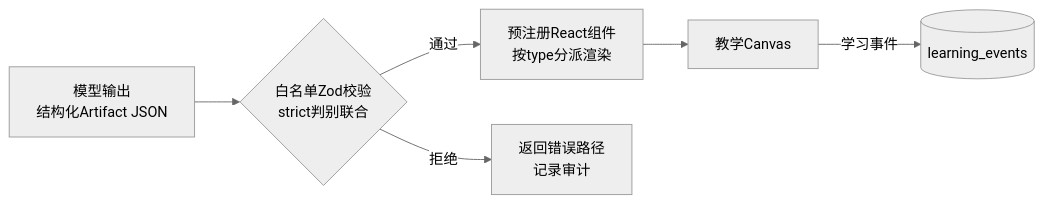
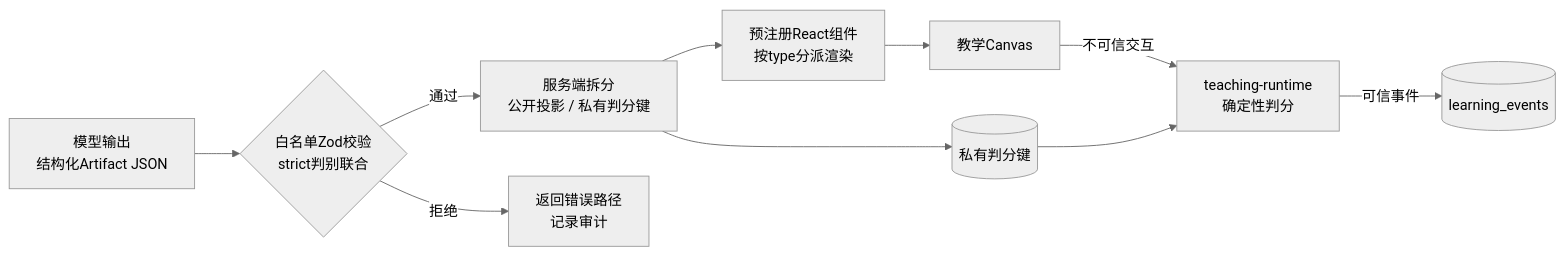
Before and after one commit to Timcai06/EduCanvas: the fourth of 7 diagrams in README.md, drawn with Mermaid (neutral theme). The commit also changed other lines of this file and 64 other files, not shown here.

````diff
--- a/README.md
+++ b/README.md
@@ -134,8 +137,12 @@
 ```mermaid
 flowchart LR
     llm["模型输出<br/>结构化Artifact JSON"] --> validate{"白名单Zod校验<br/>strict判别联合"}
-    validate -- 通过 --> registry["预注册React组件<br/>按type分派渲染"]
+    validate -- 通过 --> split["服务端拆分<br/>公开投影 / 私有判分键"]
+    split --> registry["预注册React组件<br/>按type分派渲染"]
+    split --> grading[("私有判分键")]
     validate -- 拒绝 --> reject["返回错误路径<br/>记录审计"]
     registry --> canvas["教学Canvas"]
-    canvas -- 学习事件 --> events[("learning_events")]
+    canvas -- 不可信交互 --> runtime["teaching-runtime<br/>确定性判分"]
+    grading --> runtime
+    runtime -- 可信事件 --> events[("learning_events")]
 ```
````
